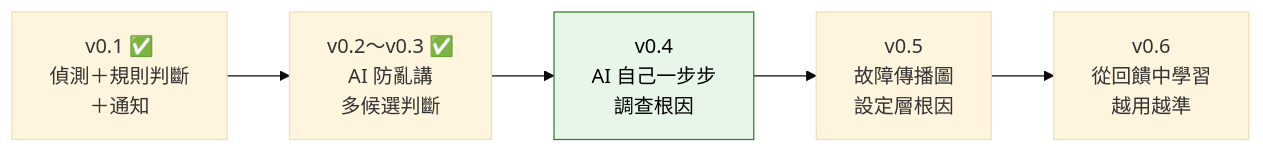
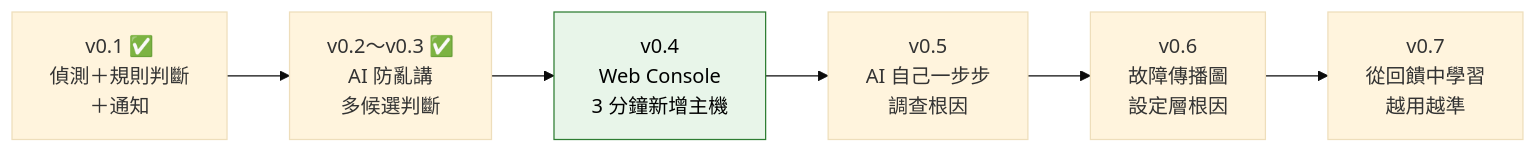
Before and after one commit to kingchen0617/system-tool: the ninth of 9 diagrams in README.md, drawn with Mermaid (base theme). The commit also changed other lines of this file, not shown here.

Commit message:
docs: README 加入 v0.4 規格連結與新 Roadmap

````diff
--- a/README.md
+++ b/README.md
@@ -360,5 +361,5 @@
 ```mermaid
 flowchart LR
-    V1["v0.1 ✅<br/>偵測＋規則判斷<br/>＋通知"] --> V2["v0.2～v0.3 ✅<br/>AI 防亂講<br/>多候選判斷"] --> V4["v0.4<br/>AI 自己一步步<br/>調查根因"]:::next --> V5["v0.5<br/>故障傳播圖<br/>設定層根因"] --> V6["v0.6<br/>從回饋中學習<br/>越用越準"]
+    V1["v0.1 ✅<br/>偵測＋規則判斷<br/>＋通知"] --> V2["v0.2～v0.3 ✅<br/>AI 防亂講<br/>多候選判斷"] --> V4["v0.4<br/>Web Console<br/>3 分鐘新增主機"]:::next --> V5["v0.5<br/>AI 自己一步步<br/>調查根因"] --> V6["v0.6<br/>故障傳播圖<br/>設定層根因"] --> V7["v0.7<br/>從回饋中學習<br/>越用越準"]
     classDef next fill:#e8f5e9,stroke:#2e7d32,color:#000
 ```
````
